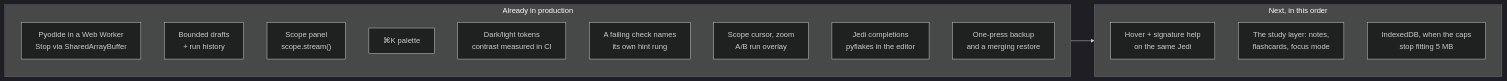
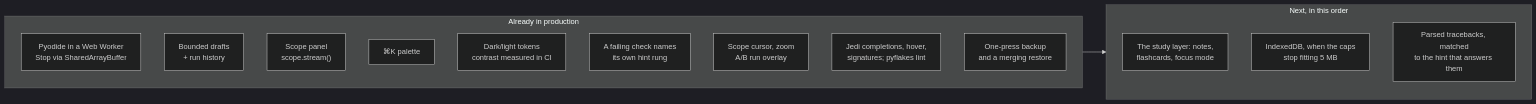
Before and after one commit to TLE47/Mechatronics-Roadmap: the diagram in docs/PLAN-2.0-GAP.md, drawn with Mermaid (dark theme). The commit also changed other lines of this file and 13 other files, not shown here.

````diff
--- a/docs/PLAN-2.0-GAP.md
+++ b/docs/PLAN-2.0-GAP.md
@@ -8,20 +8,20 @@
 ```mermaid
 flowchart LR
     subgraph shipped["Already in production"]
         W["Pyodide in a Web Worker<br/>Stop via SharedArrayBuffer"]
         D["Bounded drafts<br/>+ run history"]
         S["Scope panel<br/>scope.stream()"]
         P["⌘K palette"]
         T["Dark/light tokens<br/>contrast measured in CI"]
         H["A failing check names<br/>its own hint rung"]
         A["Scope cursor, zoom<br/>A/B run overlay"]
-        J["Jedi completions<br/>pyflakes in the editor"]
+        J["Jedi completions, hover,<br/>signatures; pyflakes lint"]
         B["One-press backup<br/>and a merging restore"]
     end
     subgraph next["Next, in this order"]
-        N1["Hover + signature help<br/>on the same Jedi"]
-        N2["The study layer: notes,<br/>flashcards, focus mode"]
-        N3["IndexedDB, when the caps<br/>stop fitting 5 MB"]
+        N1["The study layer: notes,<br/>flashcards, focus mode"]
+        N2["IndexedDB, when the caps<br/>stop fitting 5 MB"]
+        N3["Parsed tracebacks, matched<br/>to the hint that answers them"]
     end
     shipped --> next
 ```
````
